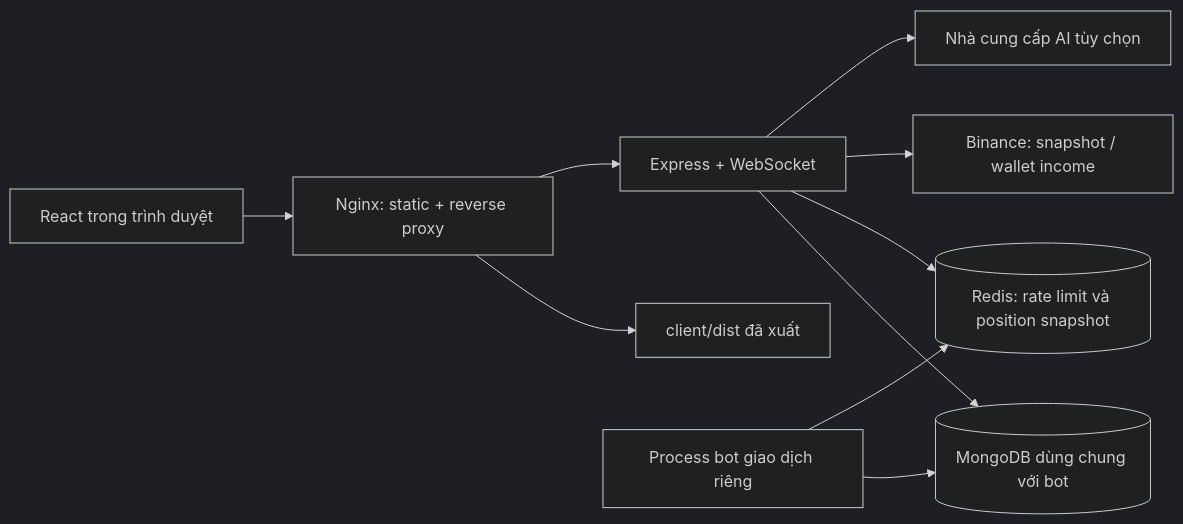
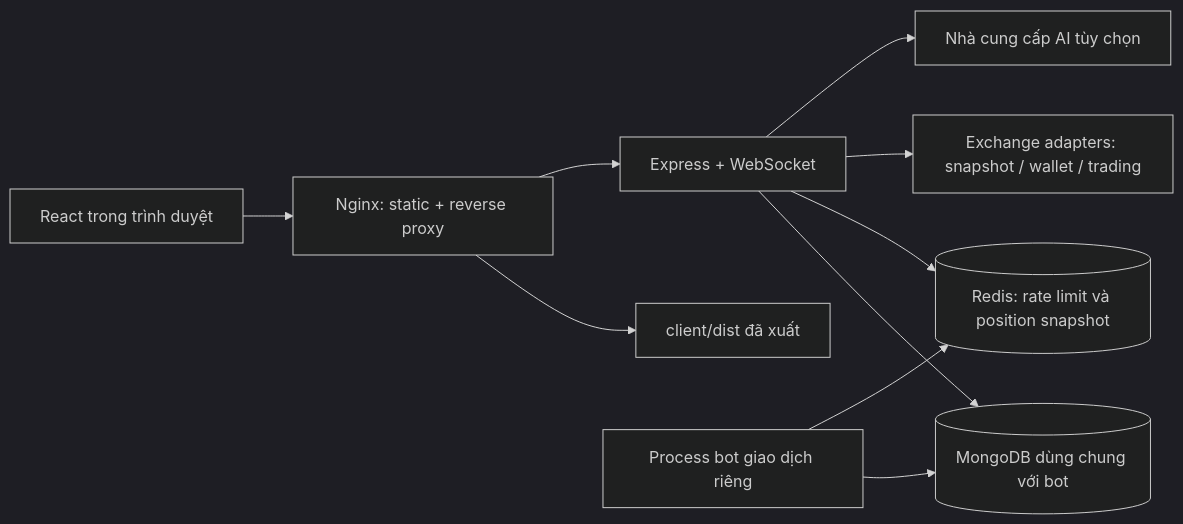
One commit to chopbk/x268BotDashboard changed the diagram in docs/architecture.md. Above: the diagram before and after it, drawn with Mermaid (dark theme). The commit also changed other lines of this file and 29 other files, not shown here.

````diff
--- a/docs/architecture.md
+++ b/docs/architecture.md
@@ -9,12 +9,12 @@
 ```mermaid
 flowchart LR
     Browser[React trong trình duyệt] --> Nginx[Nginx: static + reverse proxy]
     Nginx --> Static[client/dist đã xuất]
     Nginx --> API[Express + WebSocket]
     API --> Mongo[(MongoDB dùng chung với bot)]
     API --> Redis[(Redis: rate limit và position snapshot)]
     Bot[Process bot giao dịch riêng] --> Mongo
     Bot --> Redis
-    API --> Exchange[Binance: snapshot / wallet income]
+    API --> Exchange[Exchange adapters: snapshot / wallet / trading]
     API --> AI[Nhà cung cấp AI tùy chọn]
 ```
````
